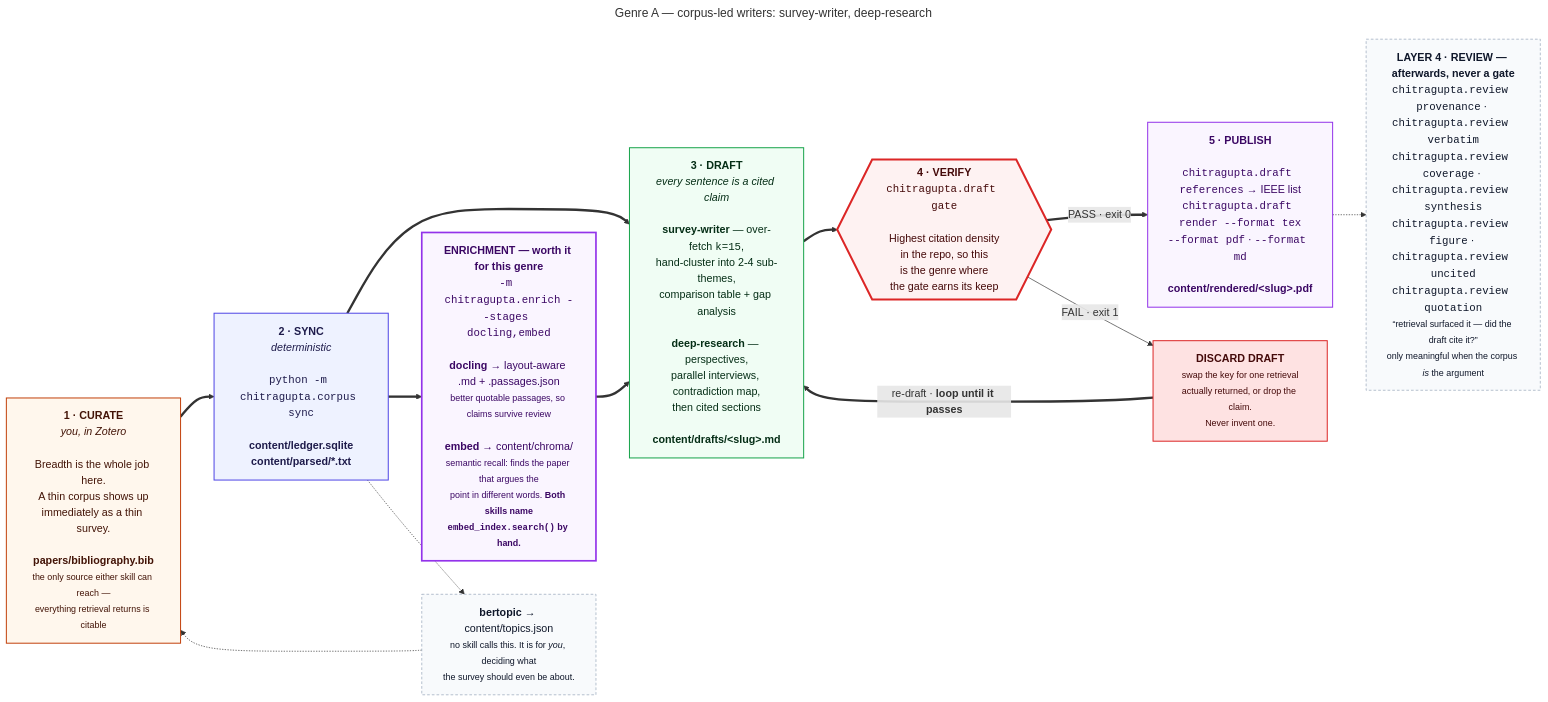
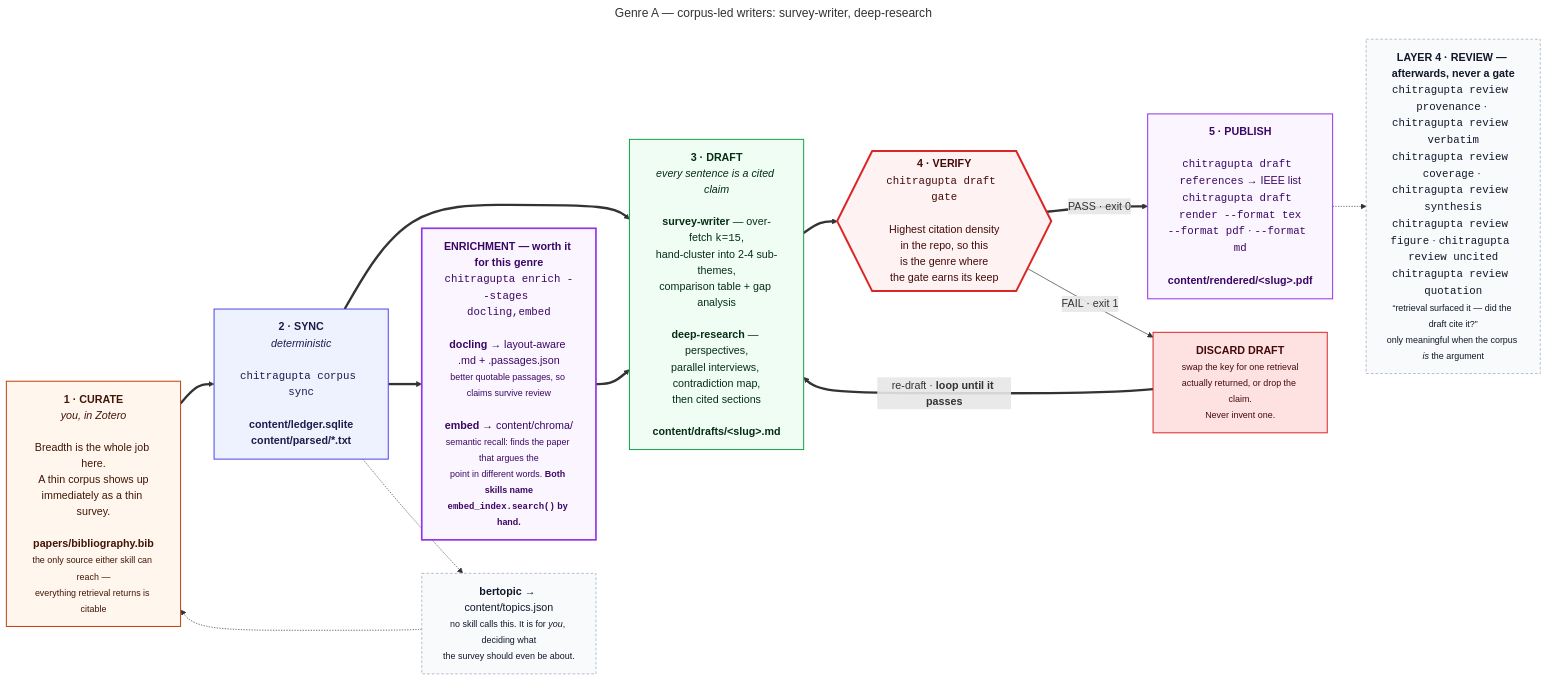
One commit to prasadtalasila/chitragupta changed the diagram in docs/diagrams/g1-corpus-led.mmd. Above: the diagram before and after it, drawn with Mermaid. The commit also changed 19 other files, not shown here.

```diff
--- a/docs/diagrams/g1-corpus-led.mmd
+++ b/docs/diagrams/g1-corpus-led.mmd
@@ -1,48 +1,48 @@
 ---
 title: "Genre A — corpus-led writers: survey-writer, deep-research"
 ---
 flowchart LR
 
   P0["<b>1 · CURATE</b><br/><i>you, in Zotero</i><br/><br/>Breadth is the whole job here.<br/>A thin corpus shows up<br/>immediately as a thin survey.<br/><br/><b>papers/bibliography.bib</b><br/><small>the only source either skill can reach —<br/>everything retrieval returns is citable</small>"]
 
-  P1["<b>2 · SYNC</b><br/><i>deterministic</i><br/><br/><code>python -m chitragupta.corpus sync</code><br/><br/><b>content/ledger.sqlite</b><br/><b>content/parsed/*.txt</b>"]
+  P1["<b>2 · SYNC</b><br/><i>deterministic</i><br/><br/><code>chitragupta corpus sync</code><br/><br/><b>content/ledger.sqlite</b><br/><b>content/parsed/*.txt</b>"]
 
-  HEAVY["<b>ENRICHMENT — worth it for this genre</b><br/><code>-m chitragupta.enrich --stages docling,embed</code><br/><br/><b>docling</b> → layout-aware .md + .passages.json<br/><small>better quotable passages, so claims survive review</small><br/><br/><b>embed</b> → content/chroma/<br/><small>semantic recall: finds the paper that argues the<br/>point in different words. <b>Both skills name<br/><code>embed_index.search()</code> by hand.</b></small>"]
+  HEAVY["<b>ENRICHMENT — worth it for this genre</b><br/><code>chitragupta enrich --stages docling,embed</code><br/><br/><b>docling</b> → layout-aware .md + .passages.json<br/><small>better quotable passages, so claims survive review</small><br/><br/><b>embed</b> → content/chroma/<br/><small>semantic recall: finds the paper that argues the<br/>point in different words. <b>Both skills name<br/><code>embed_index.search()</code> by hand.</b></small>"]
 
   P2["<b>3 · DRAFT</b><br/><i>every sentence is a cited claim</i><br/><br/><b>survey-writer</b> — over-fetch <code>k=15</code>,<br/>hand-cluster into 2-4 sub-themes,<br/>comparison table + gap analysis<br/><br/><b>deep-research</b> — perspectives,<br/>parallel interviews, contradiction map,<br/>then cited sections<br/><br/><b>content/drafts/&lt;slug&gt;.md</b>"]
 
-  P3{{"<b>4 · VERIFY</b><br/><code>chitragupta.draft gate</code><br/><br/>Highest citation density<br/>in the repo, so this<br/>is the genre where<br/>the gate earns its keep"}}
+  P3{{"<b>4 · VERIFY</b><br/><code>chitragupta draft gate</code><br/><br/>Highest citation density<br/>in the repo, so this<br/>is the genre where<br/>the gate earns its keep"}}
 
   FIX["<b>DISCARD DRAFT</b><br/><small>swap the key for one retrieval<br/>actually returned, or drop the claim.<br/>Never invent one.</small>"]
 
-  P4["<b>5 · PUBLISH</b><br/><br/><code>chitragupta.draft references</code> → IEEE list<br/><code>chitragupta.draft render --format tex</code><br/><code>--format pdf</code> · <code>--format md</code><br/><br/><b>content/rendered/&lt;slug&gt;.pdf</b>"]
+  P4["<b>5 · PUBLISH</b><br/><br/><code>chitragupta draft references</code> → IEEE list<br/><code>chitragupta draft render --format tex</code><br/><code>--format pdf</code> · <code>--format md</code><br/><br/><b>content/rendered/&lt;slug&gt;.pdf</b>"]
 
-  AID["<b>LAYER 4 · REVIEW — afterwards, never a gate</b><br/><code>chitragupta.review provenance</code> · <code>chitragupta.review verbatim</code><br/><code>chitragupta.review coverage</code> · <code>chitragupta.review synthesis</code><br/><code>chitragupta.review figure</code> · <code>chitragupta.review uncited</code><br/><code>chitragupta.review quotation</code><br/><small>“retrieval surfaced it — did the draft cite it?”<br/>only meaningful when the corpus <i>is</i> the argument</small>"]
+  AID["<b>LAYER 4 · REVIEW — afterwards, never a gate</b><br/><code>chitragupta review provenance</code> · <code>chitragupta review verbatim</code><br/><code>chitragupta review coverage</code> · <code>chitragupta review synthesis</code><br/><code>chitragupta review figure</code> · <code>chitragupta review uncited</code><br/><code>chitragupta review quotation</code><br/><small>“retrieval surfaced it — did the draft cite it?”<br/>only meaningful when the corpus <i>is</i> the argument</small>"]
 
   BERT["<b>bertopic</b> → content/topics.json<br/><small>no skill calls this. It is for <i>you</i>, deciding what<br/>the survey should even be about.</small>"]
 
   P0 ==> P1 ==> P2 ==> P3
   P1 ==> HEAVY ==> P2
   P3 == "PASS · exit 0" ==> P4
   P3 -- "FAIL · exit 1" --> FIX
   FIX == "re-draft · <b>loop until it passes</b>" ==> P2
   P4 -.-> AID
   P1 -.-> BERT -.-> P0
 
   classDef you fill:#fff7ed,stroke:#c2410c,stroke-width:1.5px,color:#431407
   classDef det fill:#eef2ff,stroke:#4f46e5,stroke-width:1.5px,color:#1e1b4b
   classDef gen fill:#f0fdf4,stroke:#16a34a,stroke-width:1.5px,color:#052e16
   classDef gate fill:#fef2f2,stroke:#dc2626,stroke-width:3px,color:#450a0a
   classDef out fill:#faf5ff,stroke:#9333ea,stroke-width:1.5px,color:#3b0764
   classDef bad fill:#fee2e2,stroke:#dc2626,stroke-width:1.5px,color:#450a0a
   classDef heavy fill:#faf5ff,stroke:#9333ea,stroke-width:2.5px,color:#3b0764
   classDef aid fill:#f8fafc,stroke:#94a3b8,stroke-dasharray:4 3,color:#0f172a
 
   class P0 you
   class P1 det
   class P2 gen
   class P3 gate
   class P4 out
   class FIX bad
   class HEAVY heavy
   class AID,BERT aid
```
